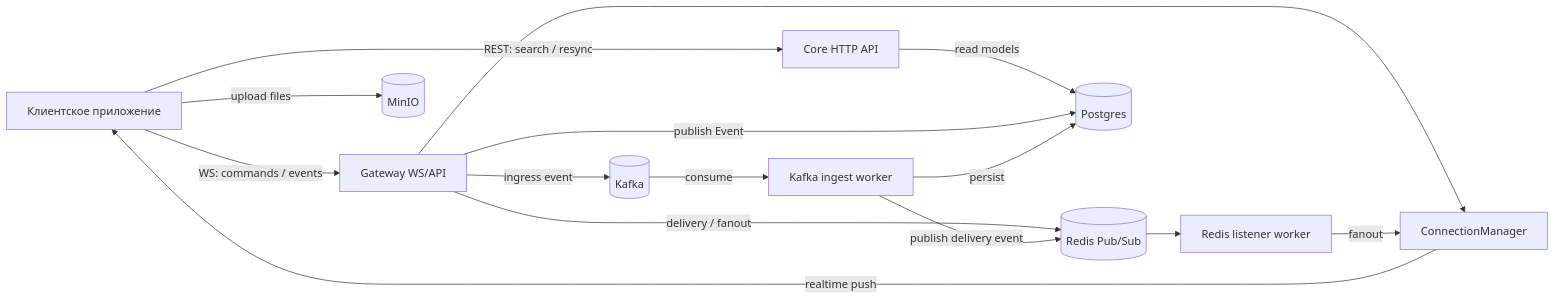
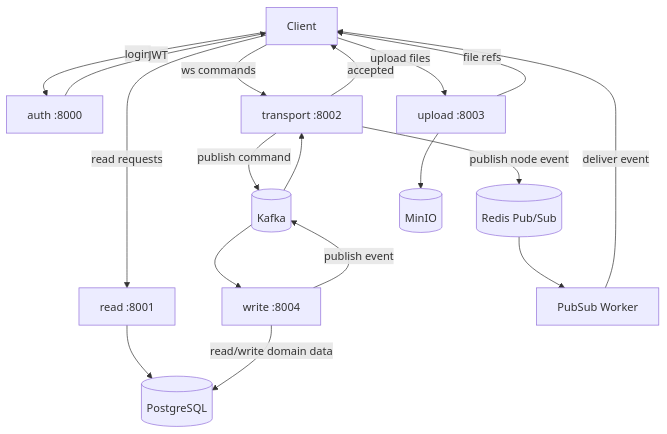
The first of 2 diagrams in README.md (AlexDemure/gadchat), drawn with Mermaid before and after one commit. The commit also changed other lines of this file and 8 other files, not shown here.

````diff
--- a/README.md
+++ b/README.md
@@ -46,31 +32,35 @@
 ```mermaid
-flowchart LR
-    U[Клиентское приложение]
-    CORE[Core HTTP API]
-    GATEWAY[Gateway WS/API]
-    MGR[ConnectionManager]
-    RL[Redis listener worker]
-    K[(Kafka)]
-    R[(Redis Pub/Sub)]
-    W[Kafka ingest worker]
-    DB[(Postgres)]
-    S3[(MinIO)]
+flowchart TD
+    Client[Client]
+    Auth[auth :8000]
+    Read[read :8001]
+    Transport[transport :8002]
+    Upload[upload :8003]
+    Write[write :8004]
+    Kafka[(Kafka)]
+    Redis[(Redis Pub/Sub)]
+    Postgres[(PostgreSQL)]
+    Minio[(MinIO)]
+    Worker[PubSub Worker]
 
-    U -->|REST: search / resync| CORE
-    U -->|WS: commands / events| GATEWAY
-    GATEWAY --> MGR
+    Client -->|login| Auth
+    Auth -->|JWT| Client
 
-    CORE -->|read models| DB
-    GATEWAY -->|publish Event| DB
-    GATEWAY -->|delivery / fanout| R
-    U -->|upload files| S3
+    Client -->|read requests| Read
+    Read --> Postgres
 
-    GATEWAY -->|ingress event| K
-    K -->|consume| W
-    W -->|persist| DB
-    W -->|publish delivery event| R
+    Client -->|ws commands| Transport
+    Transport -->|accepted| Client
+    Transport -->|publish command| Kafka
+    Kafka --> Write
+    Write -->|read/write domain data| Postgres
+    Write -->|publish event| Kafka
+    Kafka --> Transport
+    Transport -->|publish node event| Redis
+    Redis --> Worker
+    Worker -->|deliver event| Client
 
-    R --> RL
-    RL -->|fanout| MGR
-    MGR -->|realtime push| U
+    Client -->|upload files| Upload
+    Upload --> Minio
+    Upload -->|file refs| Client
 ```
````
